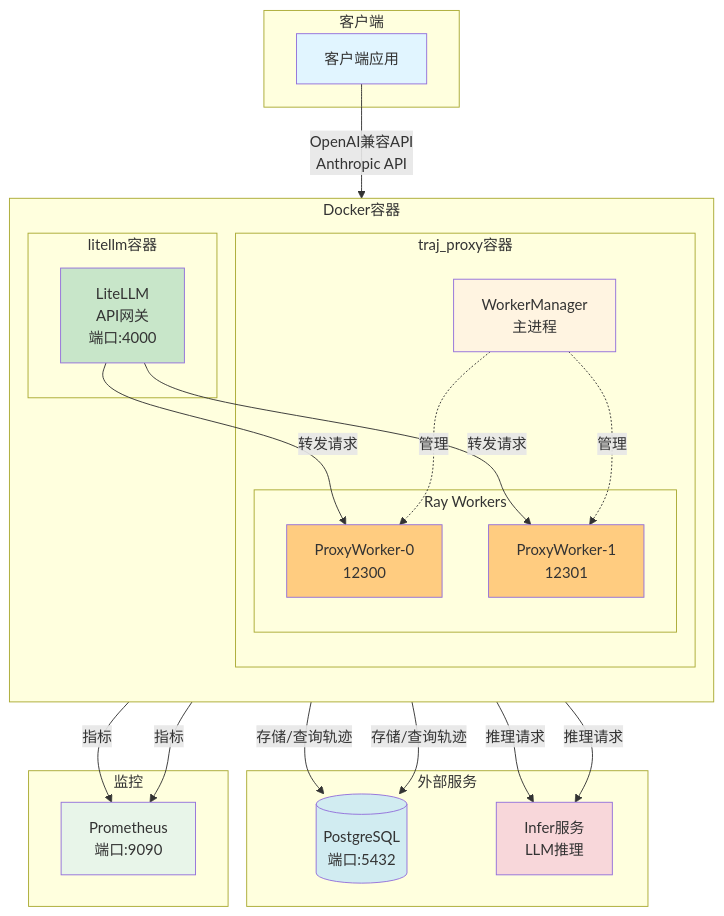
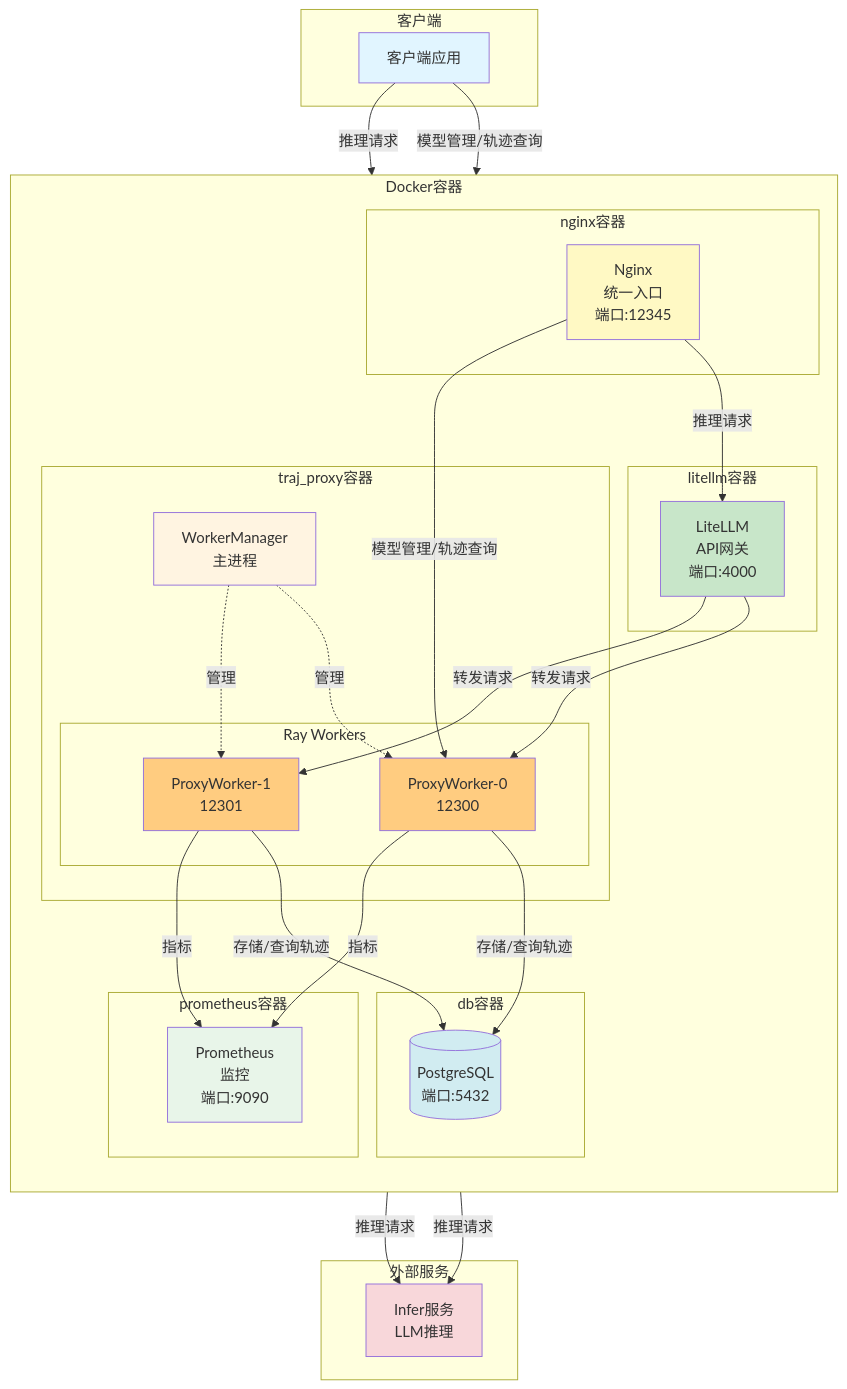
One commit to infzo/TrajProxy changed the first of 2 diagrams in readme.md. Above: the diagram before and after it, drawn with Mermaid. The commit also changed other lines of this file and 36 other files, not shown here.

````diff
--- a/readme.md
+++ b/readme.md
@@ -14,54 +15,67 @@
 ```mermaid
 graph TB
     subgraph "客户端"
         Client[客户端应用]
     end
 
     subgraph "Docker容器"
         direction TB
+        subgraph "nginx容器"
+            Nginx[Nginx<br/>统一入口<br/>端口:12345]
+        end
+
         subgraph "litellm容器"
             LiteLLM[LiteLLM<br/>API网关<br/>端口:4000]
         end
 
         subgraph "traj_proxy容器"
             WM[WorkerManager<br/>主进程]
             subgraph "Ray Workers"
                 PW0[ProxyWorker-0<br/>12300]
                 PW1[ProxyWorker-1<br/>12301]
             end
         end
+
+        subgraph "prometheus容器"
+            Prom[Prometheus<br/>监控<br/>端口:9090]
+        end
+
+        subgraph "db容器"
+            DB[(PostgreSQL<br/>端口:5432)]
+        end
     end
 
     subgraph "外部服务"
-        DB[(PostgreSQL<br/>端口:5432)]
         Infer[Infer服务<br/>LLM推理]
     end
 
-    subgraph "监控"
-        Prometheus[Prometheus<br/>端口:9090]
-    end
+    Client -->|推理请求| Nginx
+    Client -->|模型管理/轨迹查询| Nginx
 
-    Client -->|OpenAI兼容API<br/>Anthropic API| LiteLLM
+    Nginx -->|推理请求| LiteLLM
+    Nginx -->|模型管理/轨迹查询| PW0
+
     LiteLLM -->|转发请求| PW0
     LiteLLM -->|转发请求| PW1
 
     PW0 -->|推理请求| Infer
     PW1 -->|推理请求| Infer
     PW0 -->|存储/查询轨迹| DB
     PW1 -->|存储/查询轨迹| DB
 
-    PW0 -->|指标| Prometheus
-    PW1 -->|指标| Prometheus
+    PW0 -->|指标| Prom
+    PW1 -->|指标| Prom
 
     WM -.->|管理| PW0
     WM -.->|管理| PW1
 
     style Client fill:#e1f5ff
+    style Nginx fill:#fff9c4
     style LiteLLM fill:#c8e6c9
     style WM fill:#fff4e1
     style PW0 fill:#ffcc80
     style PW1 fill:#ffcc80
     style DB fill:#d1ecf1
     style Infer fill:#f8d7da
-    style Prometheus fill:#e8f5e9
+    style Prom fill:#e8f5e9
 ```
````
